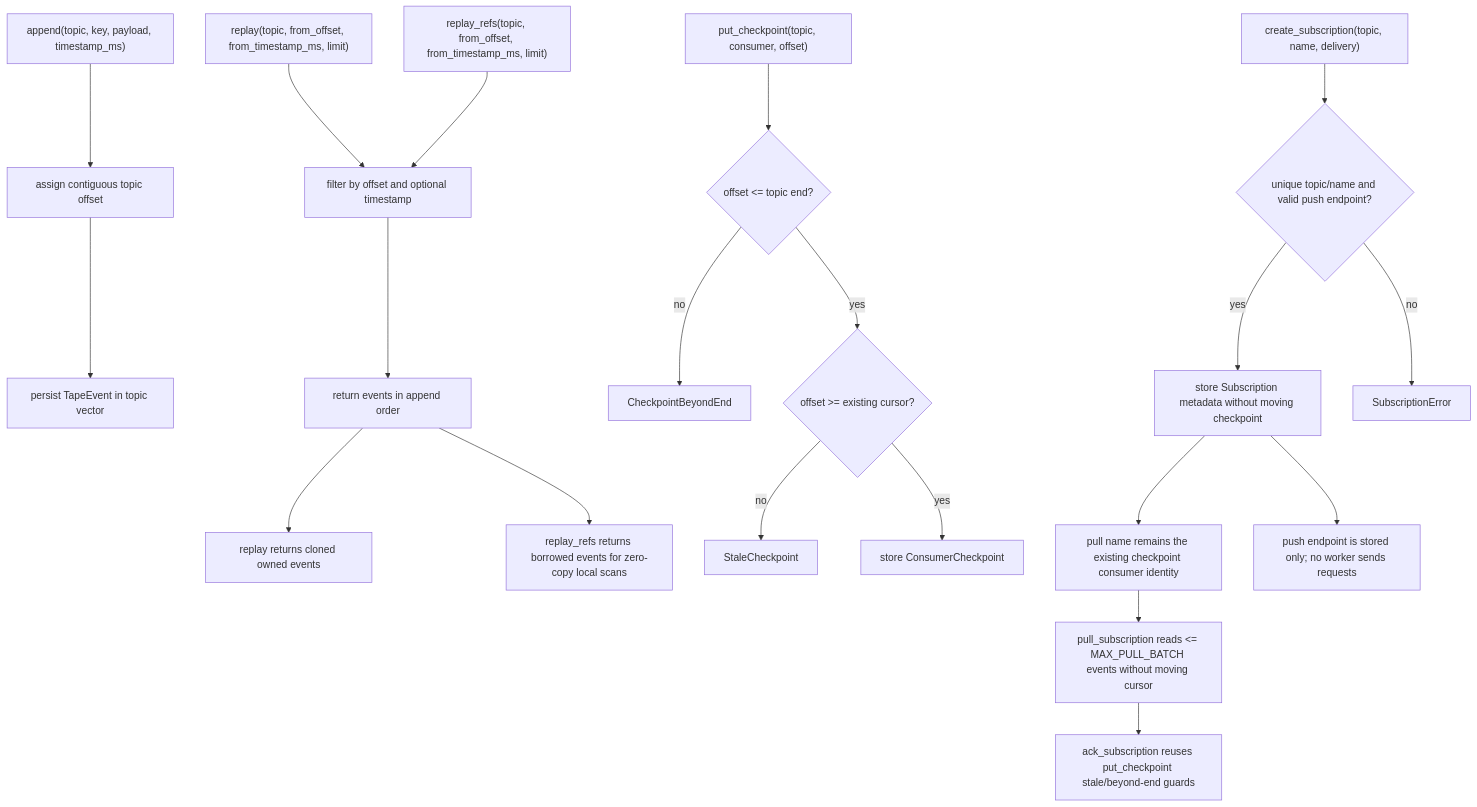
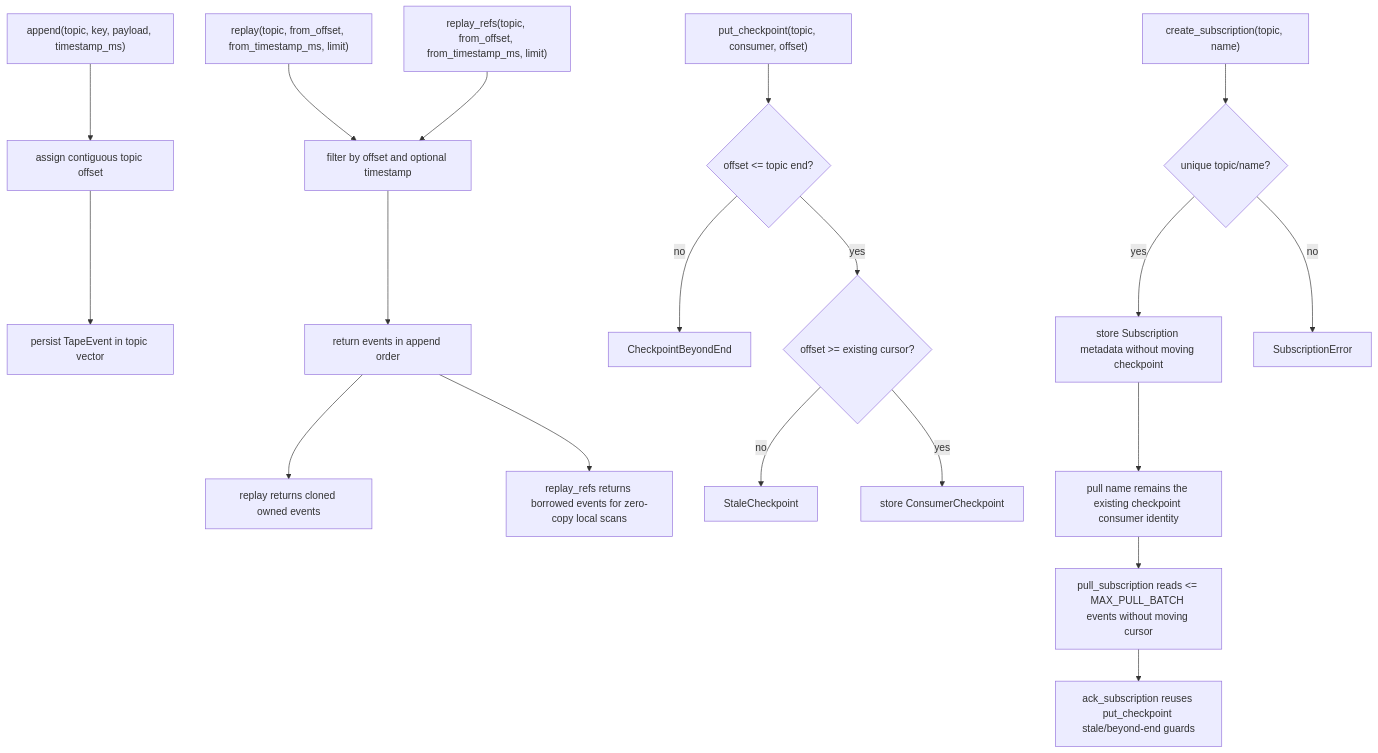
The first of 2 diagrams in apps/tape/tech-design/semantic/source/apps-tape-src-lib-rs.md (chrischeng-c4/axiom), drawn with Mermaid before and after one commit. The commit also changed other lines of this file and 297 other files, not shown here.

````diff
--- a/apps/tape/tech-design/semantic/source/apps-tape-src-lib-rs.md
+++ b/apps/tape/tech-design/semantic/source/apps-tape-src-lib-rs.md
@@ -48,25 +48,24 @@
 ```mermaid
 ---
 id: tape-td-flow
 ---
 flowchart TD
     append["append(topic, key, payload, timestamp_ms)"] --> offset["assign contiguous topic offset"]
     offset --> event["persist TapeEvent in topic vector"]
     replay["replay(topic, from_offset, from_timestamp_ms, limit)"] --> filter["filter by offset and optional timestamp"]
     replay_refs["replay_refs(topic, from_offset, from_timestamp_ms, limit)"] --> filter
     filter --> ordered["return events in append order"]
     ordered --> owned["replay returns cloned owned events"]
     ordered --> borrowed["replay_refs returns borrowed events for zero-copy local scans"]
     checkpoint["put_checkpoint(topic, consumer, offset)"] --> endcheck{"offset <= topic end?"}
     endcheck -->|no| beyond["CheckpointBeyondEnd"]
     endcheck -->|yes| stalecheck{"offset >= existing cursor?"}
     stalecheck -->|no| stale["StaleCheckpoint"]
     stalecheck -->|yes| store["store ConsumerCheckpoint"]
-    subscription["create_subscription(topic, name, delivery)"] --> unique{"unique topic/name and valid push endpoint?"}
+    subscription["create_subscription(topic, name)"] --> unique{"unique topic/name?"}
     unique -->|yes| substore["store Subscription metadata without moving checkpoint"]
     unique -->|no| suberror["SubscriptionError"]
     substore --> pull["pull name remains the existing checkpoint consumer identity"]
-    substore --> push["push endpoint is stored only; no worker sends requests"]
     pull --> batch["pull_subscription reads <= MAX_PULL_BATCH events without moving cursor"]
     batch --> ack["ack_subscription reuses put_checkpoint stale/beyond-end guards"]
 ```
````
